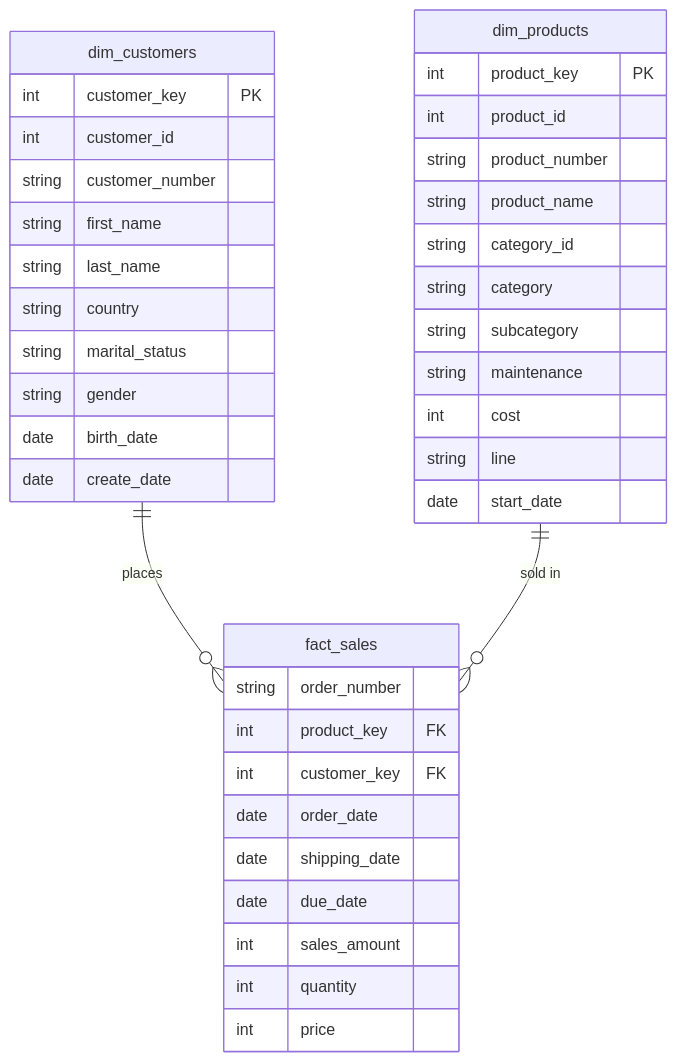
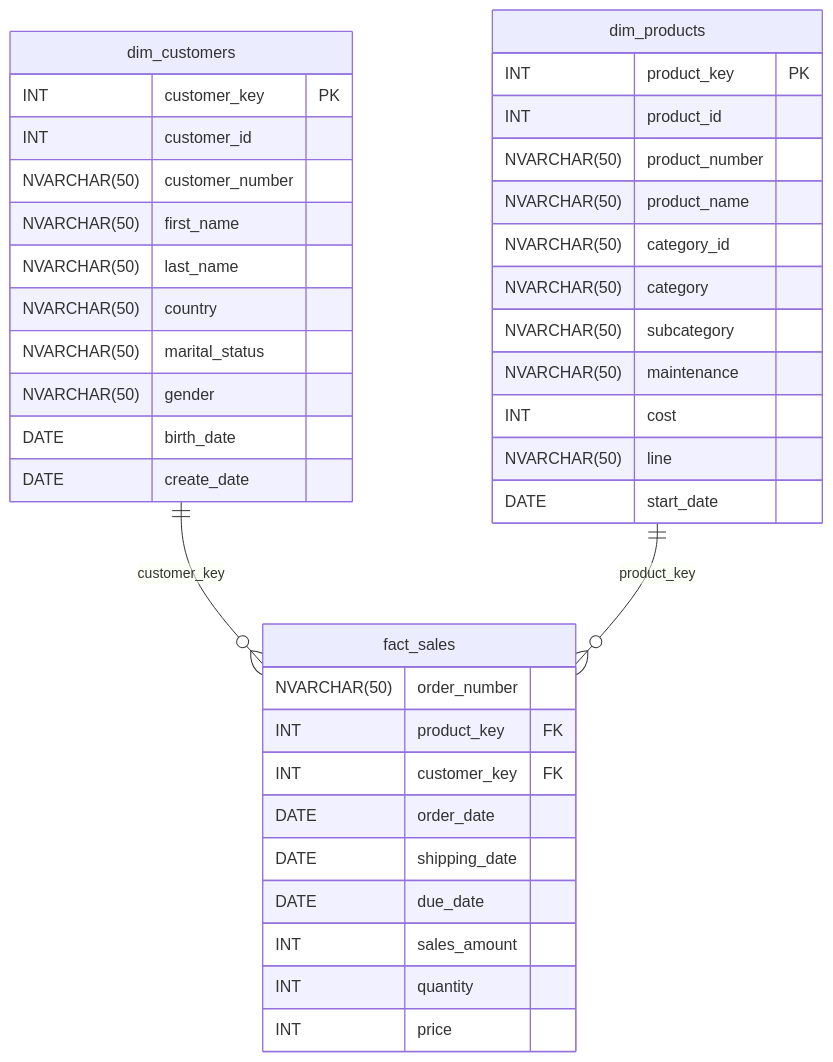
One commit to fatimastr/sql-data-warehouse-project changed the diagram in docs/data_model.md. Above: the diagram before and after it, drawn with Mermaid. The commit also changed other lines of this file, not shown here.

````diff
--- a/docs/data_model.md
+++ b/docs/data_model.md
@@ -5,44 +5,44 @@
 ```mermaid
 erDiagram
-    dim_customers ||--o{ fact_sales : "places"
-    dim_products ||--o{ fact_sales : "sold in"
+    dim_customers ||--o{ fact_sales : "customer_key"
+    dim_products  ||--o{ fact_sales : "product_key"
 
     dim_customers {
-        int customer_key PK
-        int customer_id
-        string customer_number
-        string first_name
-        string last_name
-        string country
-        string marital_status
-        string gender
-        date birth_date
-        date create_date
+        INT customer_key PK
+        INT customer_id
+        NVARCHAR(50) customer_number
+        NVARCHAR(50) first_name
+        NVARCHAR(50) last_name
+        NVARCHAR(50) country
+        NVARCHAR(50) marital_status
+        NVARCHAR(50) gender
+        DATE birth_date
+        DATE create_date
     }
 
     dim_products {
-        int product_key PK
-        int product_id
-        string product_number
-        string product_name
-        string category_id
-        string category
-        string subcategory
-        string maintenance
-        int cost
-        string line
-        date start_date
+        INT product_key PK
+        INT product_id
+        NVARCHAR(50) product_number
+        NVARCHAR(50) product_name
+        NVARCHAR(50) category_id
+        NVARCHAR(50) category
+        NVARCHAR(50) subcategory
+        NVARCHAR(50) maintenance
+        INT cost
+        NVARCHAR(50) line
+        DATE start_date
     }
 
     fact_sales {
-        string order_number
-        int product_key FK
-        int customer_key FK
-        date order_date
-        date shipping_date
-        date due_date
-        int sales_amount
-        int quantity
-        int price
+        NVARCHAR(50) order_number
+        INT product_key FK
+        INT customer_key FK
+        DATE order_date
+        DATE shipping_date
+        DATE due_date
+        INT sales_amount
+        INT quantity
+        INT price
     }
 ```
````
